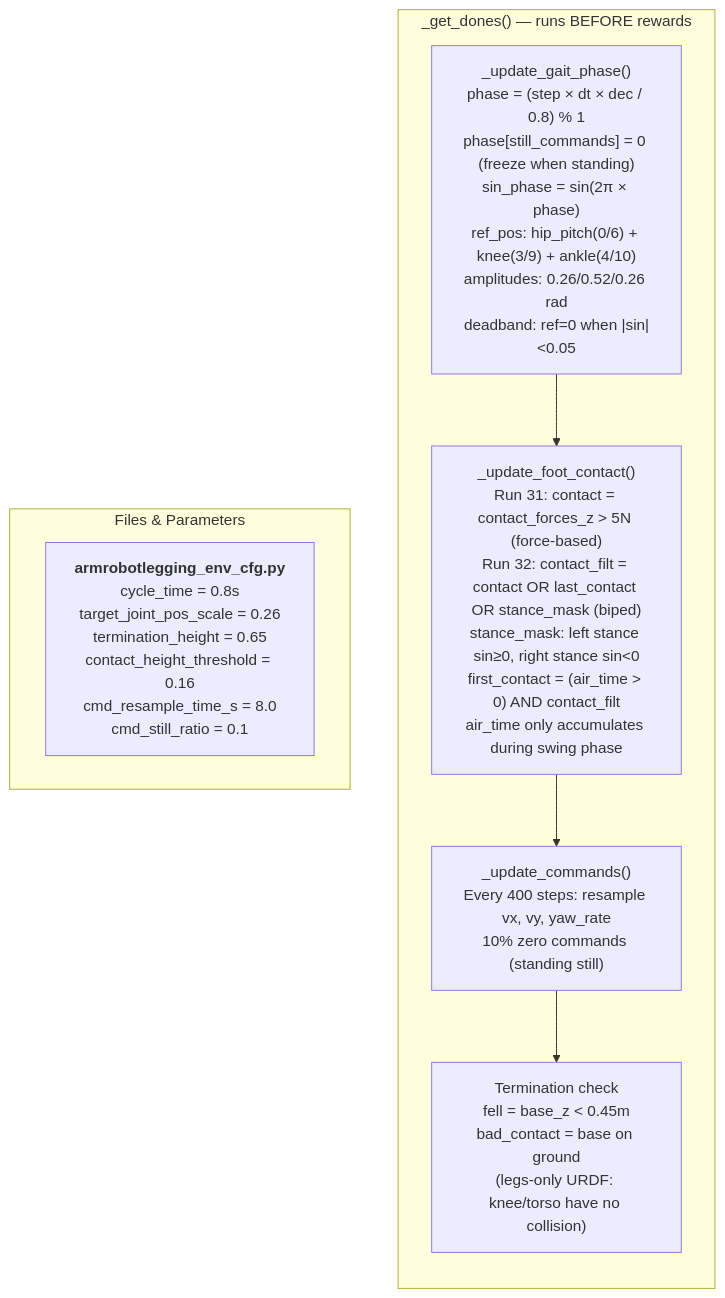
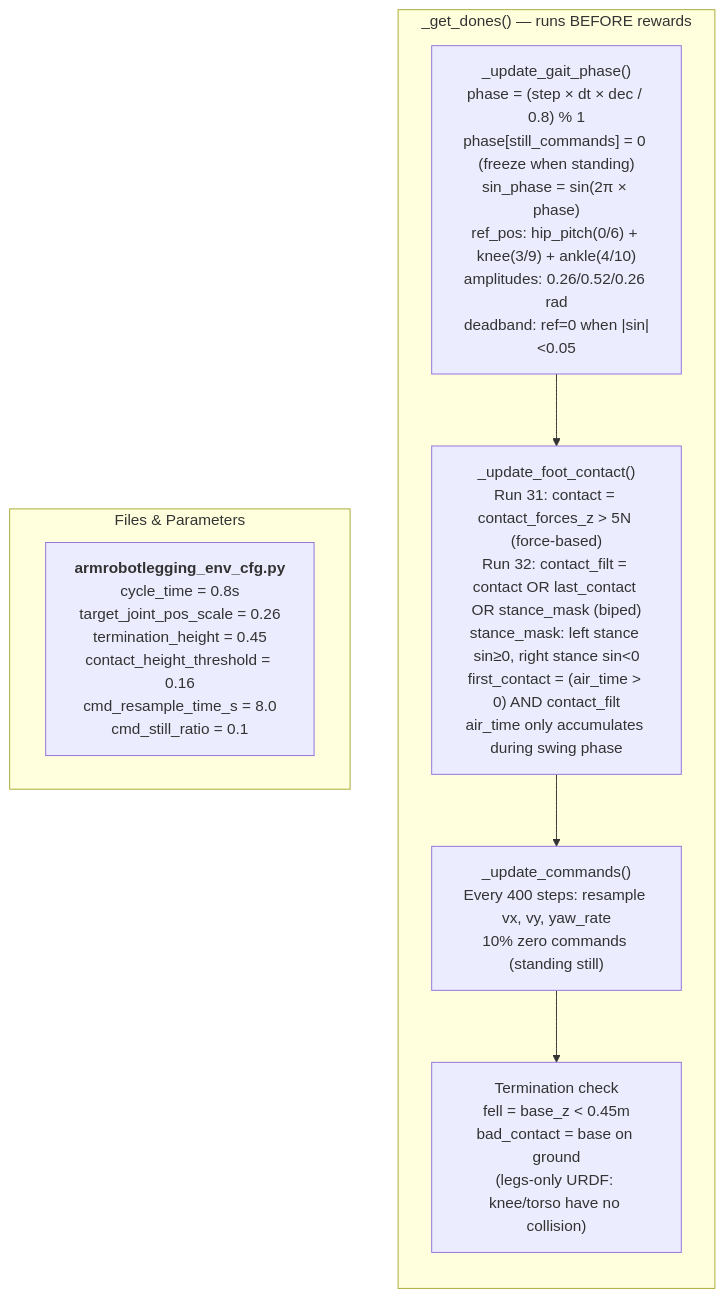
One commit to armmarov/armrobot changed the fourth of 8 diagrams in docs/TRAINING_FLOW.md. Above: the diagram before and after it, drawn with Mermaid. The commit also changed other lines of this file and 14 other files, not shown here.

````diff
--- a/docs/TRAINING_FLOW.md
+++ b/docs/TRAINING_FLOW.md
@@ -94,15 +94,15 @@
 ```mermaid
 flowchart TB
     subgraph DONES["_get_dones() — runs BEFORE rewards"]
         direction TB
         GP["_update_gait_phase()<br/>phase = (step × dt × dec / 0.8) % 1<br/>phase[still_commands] = 0 (freeze when standing)<br/>sin_phase = sin(2π × phase)<br/>ref_pos: hip_pitch(0/6) + knee(3/9) + ankle(4/10)<br/>amplitudes: 0.26/0.52/0.26 rad<br/>deadband: ref=0 when |sin|<0.05"]
         FC["_update_foot_contact()<br/>Run 31: contact = contact_forces_z > 5N (force-based)<br/>Run 32: contact_filt = contact OR last_contact OR stance_mask (biped)<br/>stance_mask: left stance sin≥0, right stance sin&lt;0<br/>first_contact = (air_time > 0) AND contact_filt<br/>air_time only accumulates during swing phase"]
         CMD["_update_commands()<br/>Every 400 steps: resample vx, vy, yaw_rate<br/>10% zero commands (standing still)"]
         TERM["Termination check<br/>fell = base_z < 0.45m<br/>bad_contact = base on ground<br/>(legs-only URDF: knee/torso have no collision)"]
         GP --> FC --> CMD --> TERM
     end
 
     subgraph FILES3["Files & Parameters"]
-        F3["<b>armrobotlegging_env_cfg.py</b><br/>cycle_time = 0.8s<br/>target_joint_pos_scale = 0.26<br/>termination_height = 0.65<br/>contact_height_threshold = 0.16<br/>cmd_resample_time_s = 8.0<br/>cmd_still_ratio = 0.1"]
+        F3["<b>armrobotlegging_env_cfg.py</b><br/>cycle_time = 0.8s<br/>target_joint_pos_scale = 0.26<br/>termination_height = 0.45<br/>contact_height_threshold = 0.16<br/>cmd_resample_time_s = 8.0<br/>cmd_still_ratio = 0.1"]
     end
 ```
````
